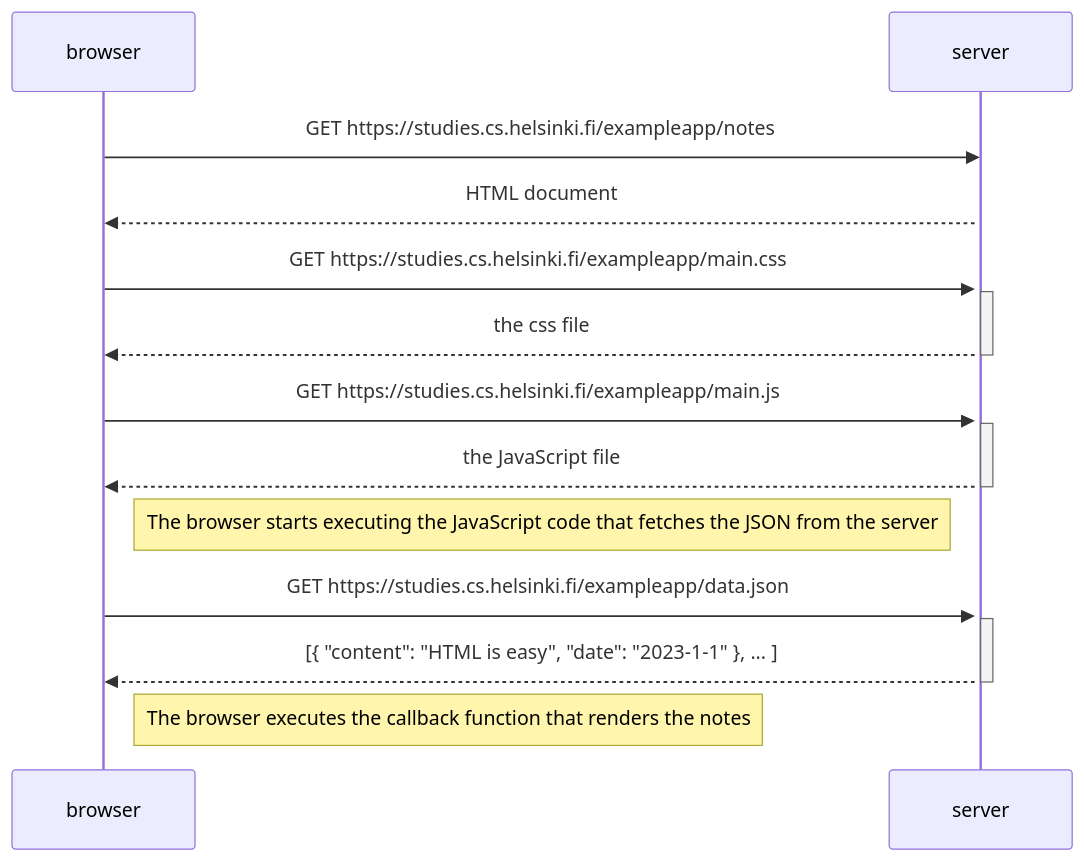
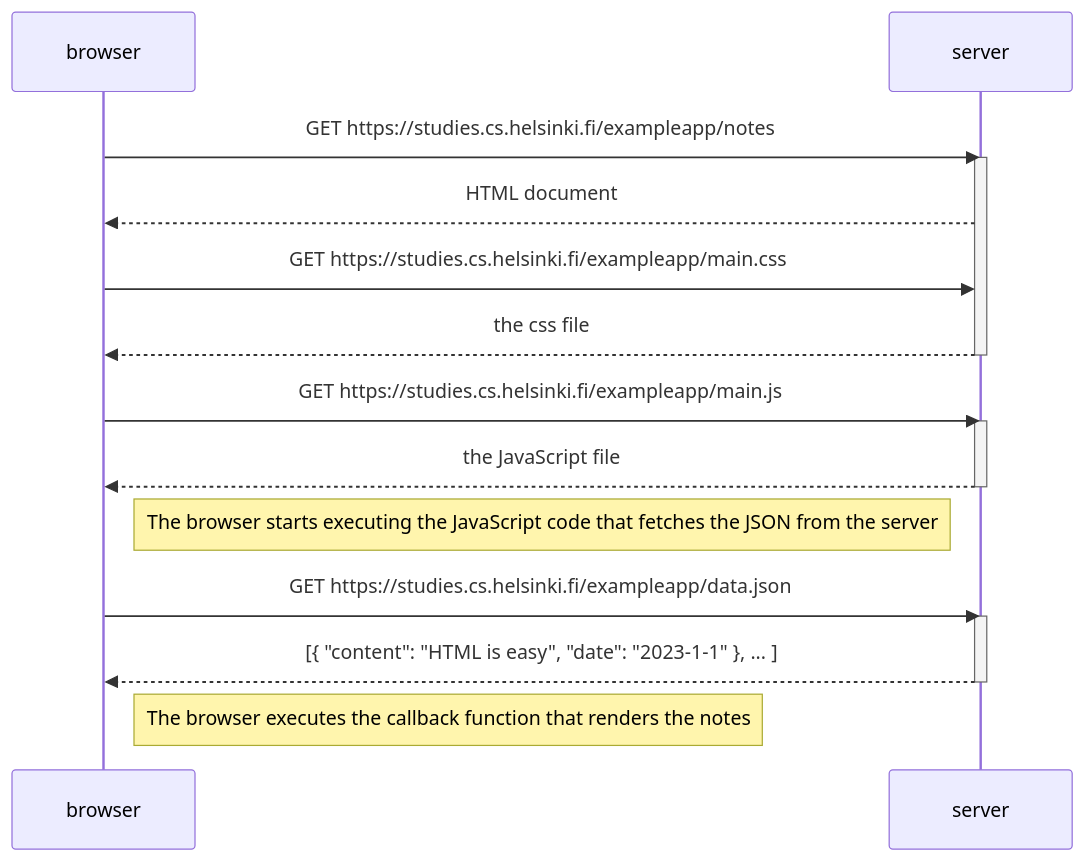
Before and after one commit to sonbakjc/fullstack-hy20206: the diagram in README.md, drawn with Mermaid.

````diff
--- a/README.md
+++ b/README.md
@@ -1,29 +1,29 @@
 ```mermaid
  sequenceDiagram
     participant browser
     participant server
 
     browser->>server: GET https://studies.cs.helsinki.fi/exampleapp/notes
     activate server
     server-->>browser: HTML document
 
 
     browser->>server: GET https://studies.cs.helsinki.fi/exampleapp/main.css
-    activate server
+    
     server-->>browser: the css file
     deactivate server
 
     browser->>server: GET https://studies.cs.helsinki.fi/exampleapp/main.js
     activate server
     server-->>browser: the JavaScript file
     deactivate server
 
     Note right of browser: The browser starts executing the JavaScript code that fetches the JSON from the server
 
     browser->>server: GET https://studies.cs.helsinki.fi/exampleapp/data.json
     activate server
     server-->>browser: [{ "content": "HTML is easy", "date": "2023-1-1" }, ... ]
     deactivate server
 
     Note right of browser: The browser executes the callback function that renders the notes
 ```
````
